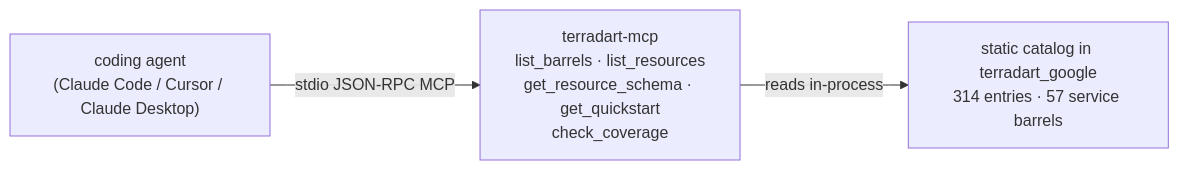
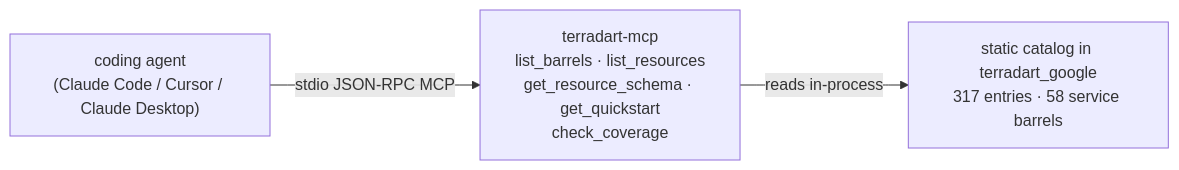
The diagram in website/src/content/docs/docs/agent/index.md (nozomi-koborinai/terradart), drawn with Mermaid before and after one commit. The commit also changed other lines of this file and 29 other files, not shown here.

````diff
--- a/website/src/content/docs/docs/agent/index.md
+++ b/website/src/content/docs/docs/agent/index.md
@@ -12,8 +12,8 @@
 ```mermaid
 graph LR
   agent["coding agent<br/>(Claude Code / Cursor / Claude Desktop)"]
   mcp["terradart-mcp<br/>list_barrels · list_resources<br/>get_resource_schema · get_quickstart<br/>check_coverage"]
-  catalog["static catalog in terradart_google<br/>314 entries · 57 service barrels"]
+  catalog["static catalog in terradart_google<br/>317 entries · 58 service barrels"]
   agent -->|stdio JSON-RPC MCP| mcp
   mcp -->|reads in-process| catalog
 ```
````
